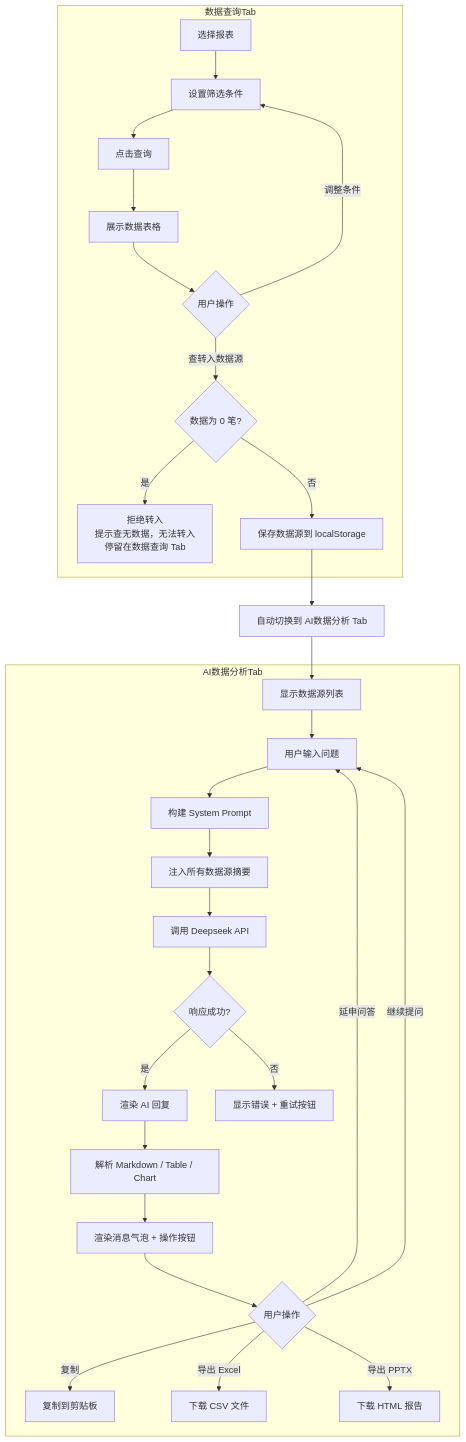
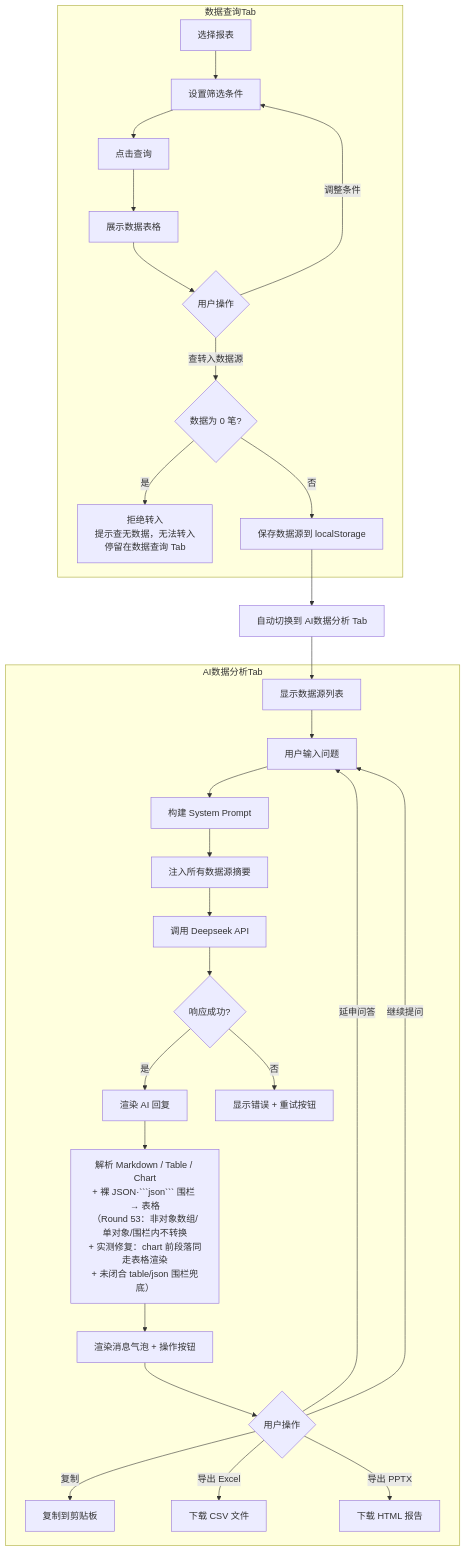
One commit to ksmingkimo/AsCoding changed the sixth of 23 diagrams in 流程图.md. Above: the diagram before and after it, drawn with Mermaid. The commit also changed other lines of this file and 12 other files, not shown here.

First line of the commit message:
feat: AI 聊天裸 JSON/围栏表格渲染（Round 53）+ 部署包 v1.7

````diff
--- a/流程图.md
+++ b/流程图.md
@@ -220,35 +220,35 @@
 ```mermaid
 flowchart TD
     subgraph 数据查询Tab
         A[选择报表] --> B[设置筛选条件]
         B --> C[点击查询]
         C --> D[展示数据表格]
         D --> E{用户操作}
         E -->|调整条件| B
         E -->|查转入数据源| F0{数据为 0 笔?}
         F0 -->|是| F9[拒绝转入<br/>提示查无数据，无法转入<br/>停留在数据查询 Tab]
         F0 -->|否| F[保存数据源到 localStorage]
     end
 
     F --> G[自动切换到 AI数据分析 Tab]
 
     subgraph AI数据分析Tab
         H[显示数据源列表] --> I[用户输入问题]
         I --> J[构建 System Prompt]
         J --> K[注入所有数据源摘要]
         K --> L[调用 Deepseek API]
         L --> M{响应成功?}
         M -->|是| N[渲染 AI 回复]
         M -->|否| O[显示错误 + 重试按钮]
-        N --> P[解析 Markdown / Table / Chart]
+        N --> P["解析 Markdown / Table / Chart<br/>+ 裸 JSON·```json``` 围栏 → 表格<br/>（Round 53：非对象数组/单对象/围栏内不转换<br/>+ 实测修复：chart 前段落同走表格渲染<br/>+ 未闭合 table/json 围栏兜底）"]
         P --> Q[渲染消息气泡 + 操作按钮]
         Q --> R{用户操作}
         R -->|复制| S[复制到剪贴板]
         R -->|延申问答| I
         R -->|导出 Excel| T[下载 CSV 文件]
         R -->|导出 PPTX| U[下载 HTML 报告]
         R -->|继续提问| I
     end
 
     G --> H
 ```
````
